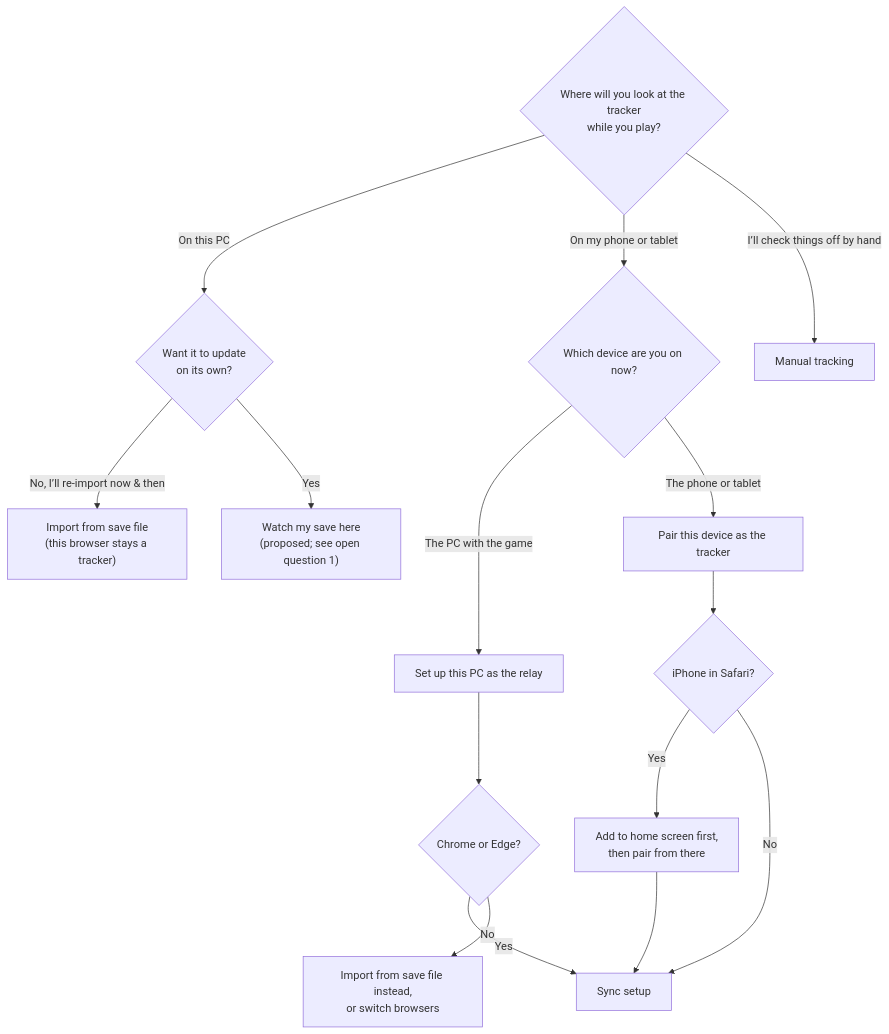
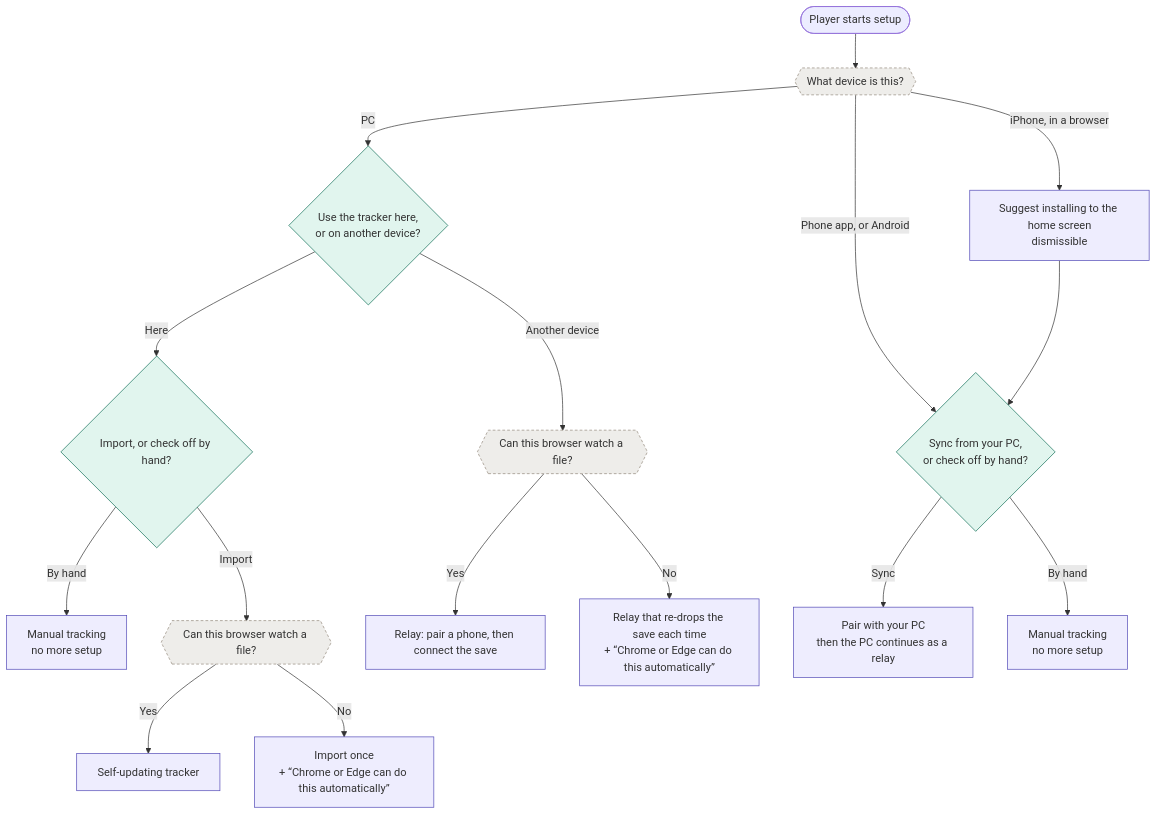
One commit to mrh-is/mistria-fyi changed the first of 2 diagrams in docs/sync-setup.md. Above: the diagram before and after it, drawn with Mermaid. The commit also changed other lines of this file, not shown here.

First line of the commit message:
Detect what we can & ask only the rest in sync setup

````diff
--- a/docs/sync-setup.md
+++ b/docs/sync-setup.md
@@ -46,21 +51,25 @@
 ```mermaid
 flowchart TD
-    Q{"Where will you look at the tracker<br/>while you play?"}
-    Q -->|"On this PC"| PC{"Want it to update<br/>on its own?"}
-    Q -->|"On my phone or tablet"| DEV{"Which device are you on now?"}
-    Q -->|"I’ll check things off by hand"| MAN["Manual tracking"]
+    classDef detected fill:#eeedea,stroke:#948a7c,stroke-dasharray:4 3
+    classDef asked fill:#e1f5ee,stroke:#0f6e56
+    classDef outcome fill:#eeedfe,stroke:#534ab7
 
-    PC -->|"No, I’ll re-import now & then"| IMP["Import from save file<br/>(this browser stays a tracker)"]
-    PC -->|"Yes"| AUTO["Watch my save here<br/>(proposed; see open question 1)"]
+    START([Player starts setup]) --> DEVICE{{What device is this?}}:::detected
+    DEVICE -->|PC| WHERE{Use the tracker here,<br/>or on another device?}:::asked
+    DEVICE -->|iPhone, in a browser| NUDGE[Suggest installing to the home screen<br/>dismissible]:::outcome
+    DEVICE -->|Phone app, or Android| PHONE{Sync from your PC,<br/>or check off by hand?}:::asked
+    NUDGE --> PHONE
 
-    DEV -->|"The PC with the game"| RELAY["Set up this PC as the relay"]
-    DEV -->|"The phone or tablet"| TRK["Pair this device as the tracker"]
+    WHERE -->|Here| HOW{Import, or check off by hand?}:::asked
+    HOW -->|By hand| MANUAL[Manual tracking<br/>no more setup]:::outcome
+    HOW -->|Import| WATCH1{{Can this browser watch a file?}}:::detected
+    WATCH1 -->|Yes| SELF[Self-updating tracker]:::outcome
+    WATCH1 -->|No| ONCE[Import once<br/>+ “Chrome or Edge can do this automatically”]:::outcome
 
-    RELAY --> BROWSER{"Chrome or Edge?"}
-    BROWSER -->|"Yes"| SETUP["Sync setup"]
-    BROWSER -->|"No"| FALLBACK["Import from save file instead,<br/>or switch browsers"]
-    TRK --> IOS{"iPhone in Safari?"}
-    IOS -->|"Yes"| HOME["Add to home screen first,<br/>then pair from there"]
-    IOS -->|"No"| SETUP
-    HOME --> SETUP
+    WHERE -->|Another device| WATCH2{{Can this browser watch a file?}}:::detected
+    WATCH2 -->|Yes| RELAY[Relay: pair a phone, then connect the save]:::outcome
+    WATCH2 -->|No| REDROP[Relay that re-drops the save each time<br/>+ “Chrome or Edge can do this automatically”]:::outcome
+
+    PHONE -->|Sync| PAIR[Pair with your PC<br/>then the PC continues as a relay]:::outcome
+    PHONE -->|By hand| MANUAL2[Manual tracking<br/>no more setup]:::outcome
 ```
````
